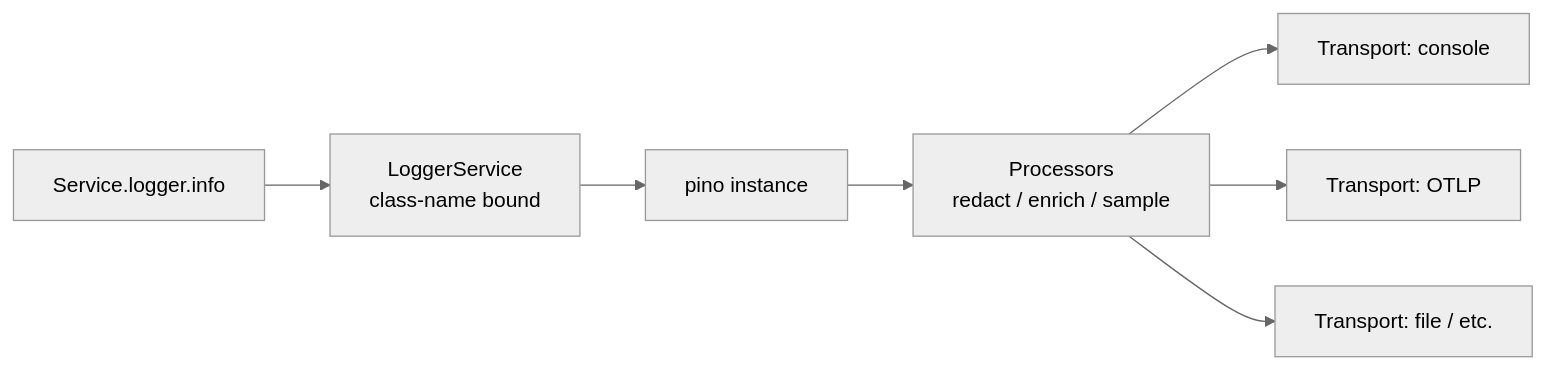
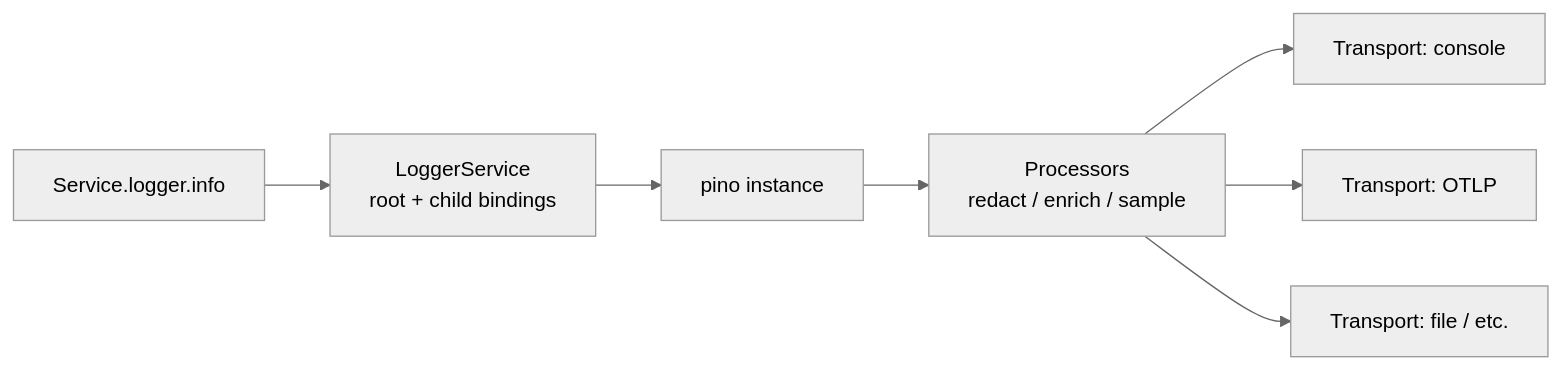
Before and after one commit to omnitron-dev/website: the diagram in docs/titan/modules/logger.mdx, drawn with Mermaid (neutral theme). The commit also changed other lines of this file and 30 other files, not shown here.

````diff
--- a/docs/titan/modules/logger.mdx
+++ b/docs/titan/modules/logger.mdx
@@ -232,10 +263,10 @@
 ```mermaid
 flowchart LR
   Code[Service.logger.info]
-  Code --> Bind[LoggerService<br/>class-name bound]
+  Code --> Bind[LoggerService<br/>root + child bindings]
   Bind --> Pino[pino instance]
   Pino --> Proc[Processors<br/>redact / enrich / sample]
   Proc --> Trans1[Transport: console]
   Proc --> Trans2[Transport: OTLP]
   Proc --> Trans3[Transport: file / etc.]
 ```
````
